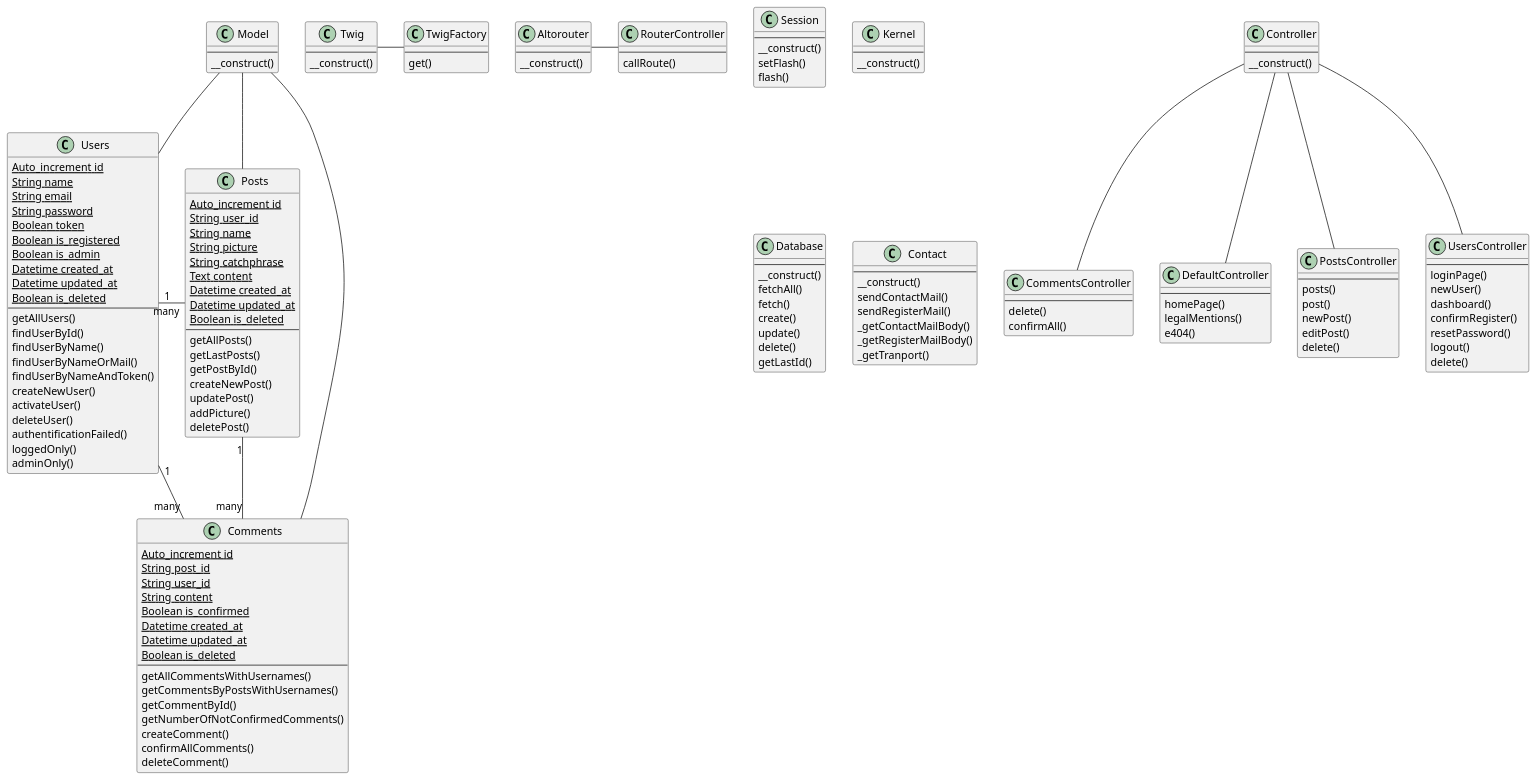
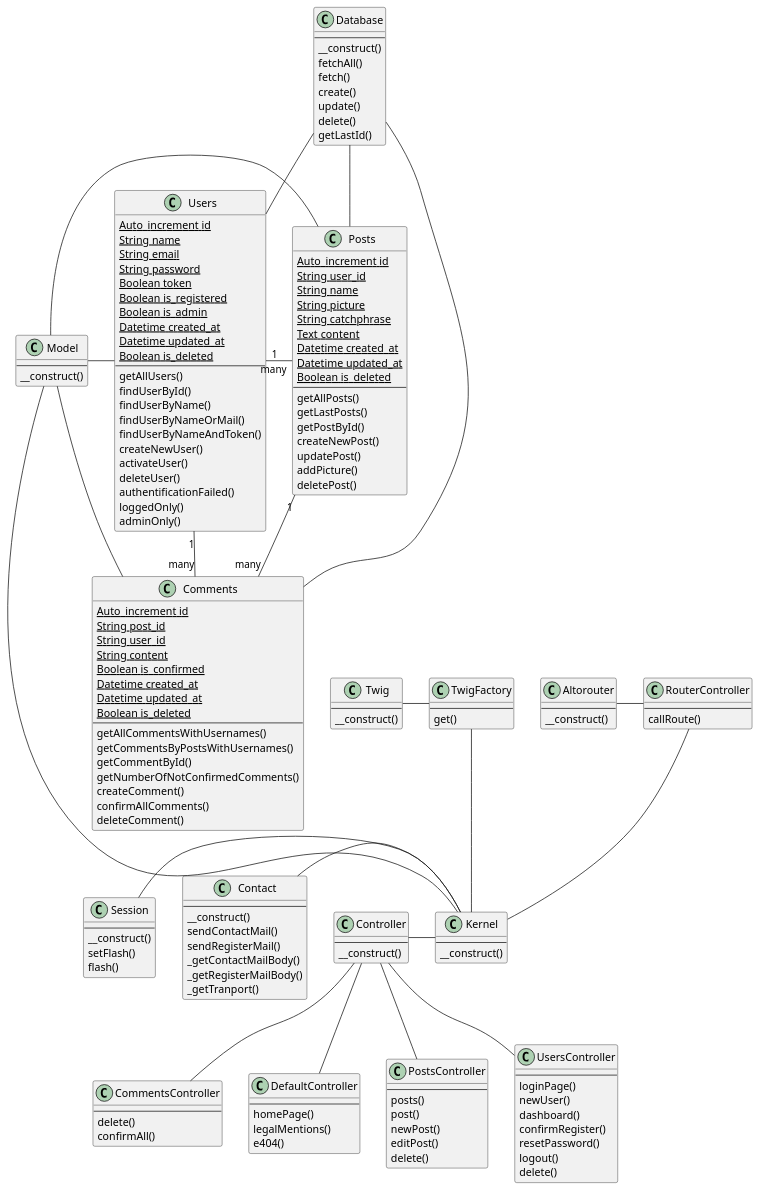
The diagram in diagrammes/class.plantuml (HaiseB/P5_blogPhp), drawn with PlantUML before and after one commit. The commit also changed 1 other file, not shown here.

Commit message:
v2 of the class diagram

```diff
--- a/diagrammes/class.plantuml
+++ b/diagrammes/class.plantuml
@@ -1,181 +1,192 @@
 @startuml class
 
 class Users {
     {static} Auto_increment id
     {static} String name
     {static} String email
     {static} String password
     {static} Boolean token
     {static} Boolean is_registered
     {static} Boolean is_admin
     {static} Datetime created_at
     {static} Datetime updated_at
     {static} Boolean is_deleted
     ---
     getAllUsers()
     findUserById()
     findUserByName()
     findUserByNameOrMail()
     findUserByNameAndToken()
     createNewUser()
     activateUser()
     deleteUser()
     authentificationFailed()
     loggedOnly()
     adminOnly()
 }
 
 class Posts {
     {static} Auto_increment id
     {static} String user_id
     {static} String name
     {static} String picture
     {static} String catchphrase
     {static} Text content
     {static} Datetime created_at
     {static} Datetime updated_at
     {static} Boolean is_deleted
     ---
     getAllPosts()
     getLastPosts()
     getPostById()
     createNewPost()
     updatePost()
     addPicture()
     deletePost()
 }
 
 class Comments {
     {static} Auto_increment id
     {static} String post_id
     {static} String user_id
     {static} String content
     {static} Boolean is_confirmed
     {static} Datetime created_at
     {static} Datetime updated_at
     {static} Boolean is_deleted
     ---
     getAllCommentsWithUsernames()
     getCommentsByPostsWithUsernames()
     getCommentById()
     getNumberOfNotConfirmedComments()
     createComment()
     confirmAllComments()
     deleteComment()
 }
 
 Users "1" - "many" Posts
 Users "1" - "many" Comments
 Posts "1" -- "many" Comments
 
 class CommentsController {
     ---
     delete()
     confirmAll()
 }
 
 class DefaultController {
     ---
     homePage()
     legalMentions()
     e404()
 }
 
 class PostsController {
     ---
     posts()
     post()
     newPost()
     editPost()
     delete()
 }
 
 class UsersController {
     ---
     loginPage()
     newUser()
     dashboard()
     confirmRegister()
     resetPassword()
     logout()
     delete()
 }
 
 class Twig {
     ---
     __construct()
 }
 
 class TwigFactory {
     ---
     get()
 }
 
 Twig - TwigFactory
 
 class Session {
     ---
     __construct()
     setFlash()
     flash()
 }
 
 class Altorouter {
     ---
     __construct()
 }
 
 class RouterController {
     ---
     callRoute()
 }
 
 Altorouter - RouterController
 
 class Model {
     ---
     __construct()
 }
 
-Model -- Users
-Model -- Posts
-Model -- Comments
+Model - Users
+Model - Posts
+Model - Comments
 
 class Kernel {
     ---
     __construct()
 }
+
+Session - Kernel
+RouterController -- Kernel
+TwigFactory -- Kernel
+Contact - Kernel
+Controller - Kernel
+Model --- Kernel
 
 class Database {
     ---
     __construct()
     fetchAll()
     fetch()
     create()
     update()
     delete()
     getLastId()
 }
+
+Database -- Users
+Database -- Posts
+Database -- Comments
 
 class Controller {
     ---
     __construct()
 }
 
 Controller -- CommentsController
 Controller -- DefaultController
 Controller -- PostsController
 Controller -- UsersController
 
 class Contact {
     ---
     __construct()
     sendContactMail()
     sendRegisterMail()
     _getContactMailBody()
     _getRegisterMailBody()
     _getTranport()
 }
 
 
 @enduml
```
